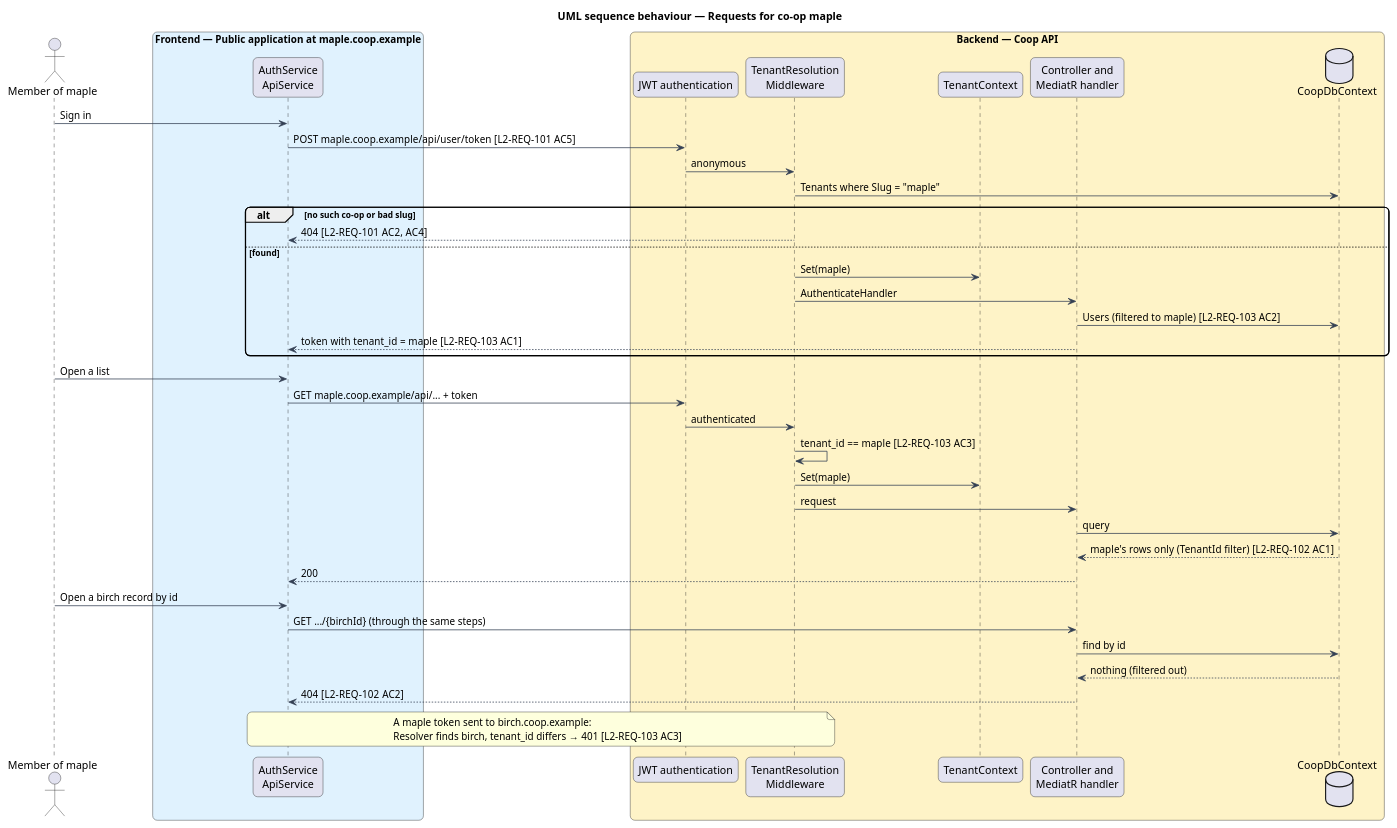
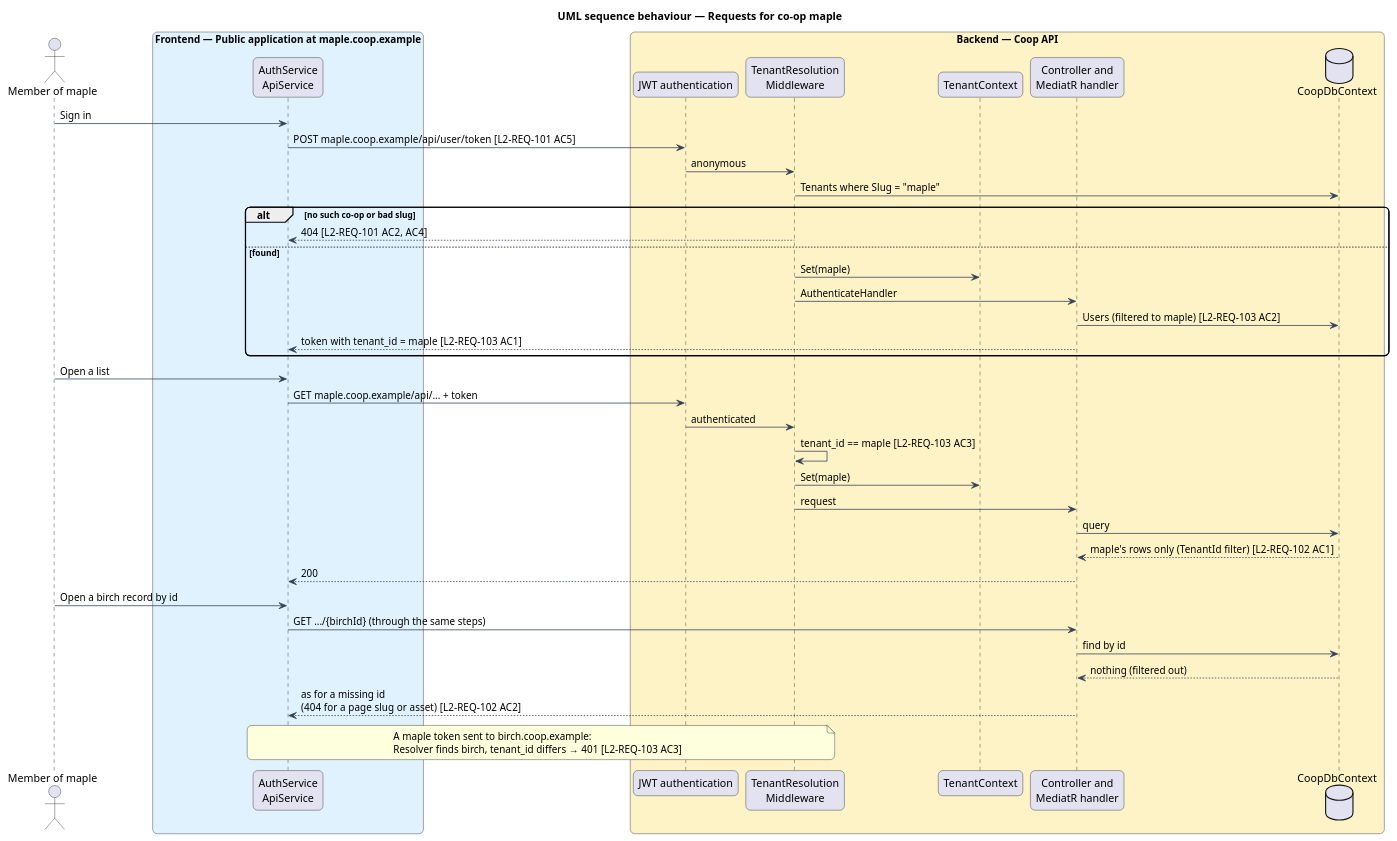
Before and after one commit to QuinntyneBrown/Coop: the diagram in docs/detailed-designs/api/keep-co-ops-apart/diagrams/sequence-request-for-a-co-op.puml, drawn with PlantUML. The commit also changed 29 other files, not shown here.

```diff
--- a/docs/detailed-designs/api/keep-co-ops-apart/diagrams/sequence-request-for-a-co-op.puml
+++ b/docs/detailed-designs/api/keep-co-ops-apart/diagrams/sequence-request-for-a-co-op.puml
@@ -1,46 +1,46 @@
 @startuml
 title UML sequence behaviour — Requests for co-op maple
 skinparam backgroundColor #FFFFFF
 skinparam shadowing false
 skinparam roundcorner 12
 skinparam defaultFontName Arial
 skinparam ArrowColor #344054
 actor "Member of maple" as member
 box "Frontend — Public application at maple.coop.example" #E0F2FE
   participant "AuthService\nApiService" as app
 end box
 box "Backend — Coop API" #FEF3C7
   participant "JWT authentication" as auth
   participant "TenantResolution\nMiddleware" as resolver
   participant "TenantContext" as ctx
   participant "Controller and\nMediatR handler" as handler
   database "CoopDbContext" as db
 end box
 member -> app : Sign in
 app -> auth : POST maple.coop.example/api/user/token  [L2-REQ-101 AC5]
 auth -> resolver : anonymous
 resolver -> db : Tenants where Slug = "maple"
 alt no such co-op or bad slug
   resolver --> app : 404  [L2-REQ-101 AC2, AC4]
 else found
   resolver -> ctx : Set(maple)
   resolver -> handler : AuthenticateHandler
   handler -> db : Users (filtered to maple)  [L2-REQ-103 AC2]
   handler --> app : token with tenant_id = maple  [L2-REQ-103 AC1]
 end
 member -> app : Open a list
 app -> auth : GET maple.coop.example/api/... + token
 auth -> resolver : authenticated
 resolver -> resolver : tenant_id == maple  [L2-REQ-103 AC3]
 resolver -> ctx : Set(maple)
 resolver -> handler : request
 handler -> db : query
 db --> handler : maple's rows only (TenantId filter)  [L2-REQ-102 AC1]
 handler --> app : 200
 member -> app : Open a birch record by id
 app -> handler : GET .../{birchId} (through the same steps)
 handler -> db : find by id
 db --> handler : nothing (filtered out)
-handler --> app : 404  [L2-REQ-102 AC2]
+handler --> app : as for a missing id\n(404 for a page slug or asset)  [L2-REQ-102 AC2]
 note over app, resolver : A maple token sent to birch.coop.example:\nResolver finds birch, tenant_id differs → 401  [L2-REQ-103 AC3]
 @enduml
```
